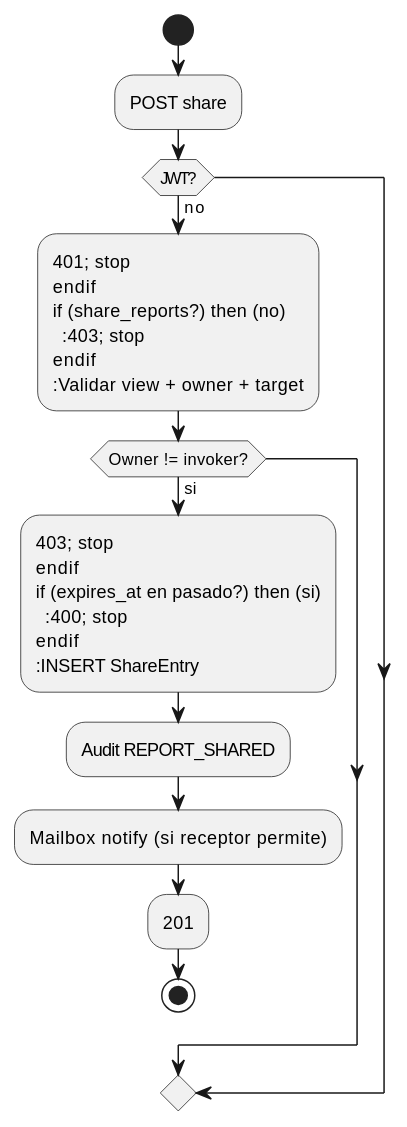
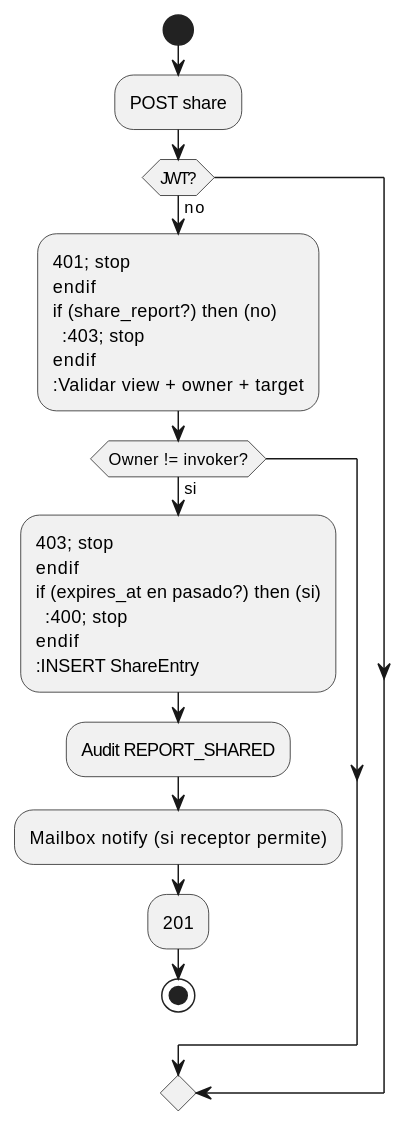
One commit to jcg-admin/IACT-docs changed the second of 4 diagrams in source/requisitos/casos-uso/reports/uc-rpt-11/diagramas-uml.rst. Above: the diagram before and after it, drawn with PlantUML. The commit also changed other lines of this file and 157 other files, not shown here.

First line of the commit message:
Enforce catalog function names across all diagrams

```diff
--- a/source/requisitos/casos-uso/reports/uc-rpt-11/diagramas-uml.rst
+++ b/source/requisitos/casos-uso/reports/uc-rpt-11/diagramas-uml.rst
@@ -34,24 +34,24 @@
 .. uml::
 
  @startuml
  start
  :POST share;
  if (JWT?) then (no)
    :401; stop
  endif
- if (share_reports?) then (no)
+ if (share_report?) then (no)
    :403; stop
  endif
  :Validar view + owner + target;
  if (Owner != invoker?) then (si)
    :403; stop
  endif
  if (expires_at en pasado?) then (si)
    :400; stop
  endif
  :INSERT ShareEntry;
  :Audit REPORT_SHARED;
  :Mailbox notify (si receptor permite);
  :201;
  stop
  @enduml
```
